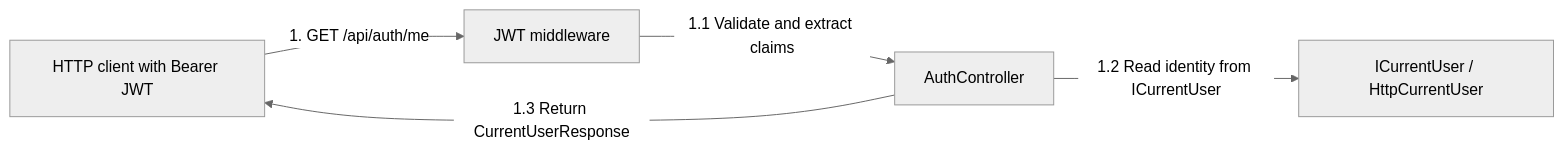
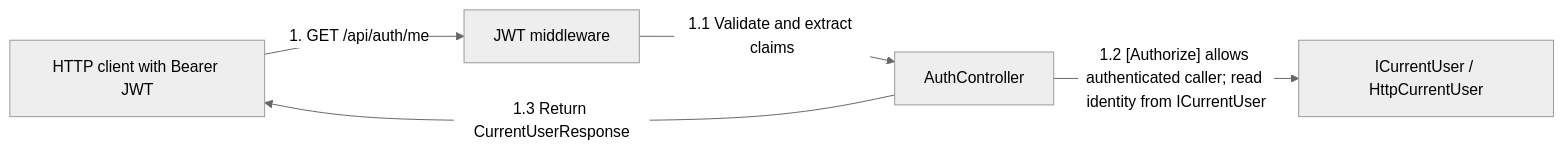
Before and after one commit to bogdan-spilevoi/ASET-master-year-1: the third of 5 diagrams in src/Services/Auth/COMMUNICATION.md, drawn with Mermaid (neutral theme). The commit also changed other lines of this file and 14 other files, not shown here.

````diff
--- a/src/Services/Auth/COMMUNICATION.md
+++ b/src/Services/Auth/COMMUNICATION.md
@@ -69,12 +69,12 @@
 ```mermaid
 flowchart LR
     Client["HTTP client with Bearer JWT"]
     Auth["JWT middleware"]
     API["AuthController"]
     User["ICurrentUser / HttpCurrentUser"]
 
     Client -->|"1. GET /api/auth/me"| Auth
     Auth -->|"1.1 Validate and extract claims"| API
-    API -->|"1.2 Read identity from ICurrentUser"| User
+    API -->|"1.2 [Authorize] allows authenticated caller; read identity from ICurrentUser"| User
     API -->|"1.3 Return CurrentUserResponse"| Client
 ```
````
